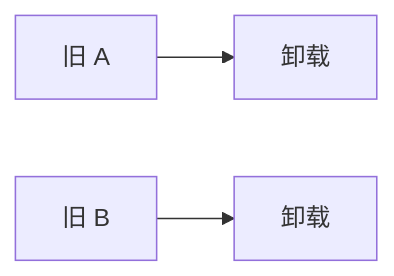
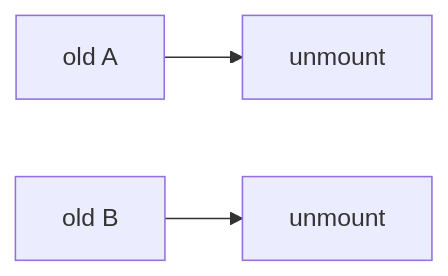
One commit to Tajigaqzh/front_basic changed the eighth of 17 diagrams in docs/vue/source/runtime-core/diff-algorithm-interview.md. Above: the diagram before and after it, drawn with Mermaid. The commit also changed other lines of this file and 11 other files, not shown here.

````diff
--- a/docs/vue/source/runtime-core/diff-algorithm-interview.md
+++ b/docs/vue/source/runtime-core/diff-algorithm-interview.md
@@ -327,5 +327,5 @@
 ```mermaid
 flowchart LR
-  O1[旧 A] --> U1[卸载]
-  O2[旧 B] --> U2[卸载]
+  O1["old A"] --> U1["unmount"]
+  O2["old B"] --> U2["unmount"]
 ```
````
